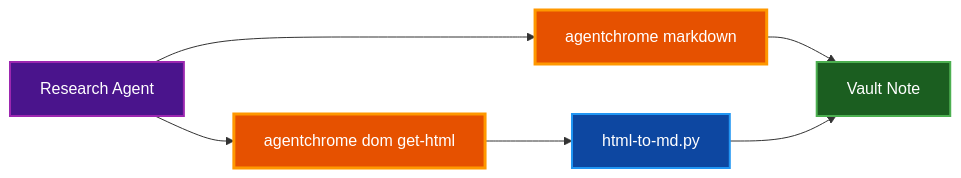
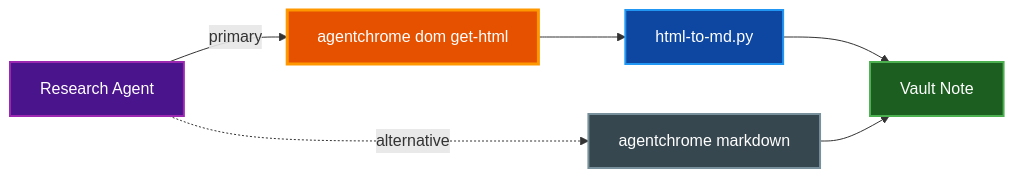
The diagram in docs/AGENTCHROME.md (paulrobello/parsidion), drawn with Mermaid before and after one commit. The commit also changed other lines of this file and 7 other files, not shown here.

````diff
--- a/docs/AGENTCHROME.md
+++ b/docs/AGENTCHROME.md
@@ -32,25 +32,26 @@
 ```mermaid
 graph LR
     Agent[Research Agent]
-    MD[agentchrome markdown]
     AC[agentchrome dom get-html]
     H2M[html-to-md.py]
+    MD[agentchrome markdown]
     Vault[Vault Note]
 
-    Agent --> MD
-    MD --> Vault
-    Agent --> AC
+    Agent -->|primary| AC
     AC --> H2M
     H2M --> Vault
+    Agent -.->|alternative| MD
+    MD --> Vault
 
     class Agent external
-    class MD primary
     class AC primary
     class H2M data
+    class MD neutral
     class Vault active
 
     classDef primary fill:#e65100,stroke:#ff9800,stroke-width:3px,color:#ffffff
     classDef active fill:#1b5e20,stroke:#4caf50,stroke-width:2px,color:#ffffff
     classDef data fill:#0d47a1,stroke:#2196f3,stroke-width:2px,color:#ffffff
     classDef external fill:#4a148c,stroke:#9c27b0,stroke-width:2px,color:#ffffff
+    classDef neutral fill:#37474f,stroke:#78909c,stroke-width:2px,color:#ffffff
 ```
````
